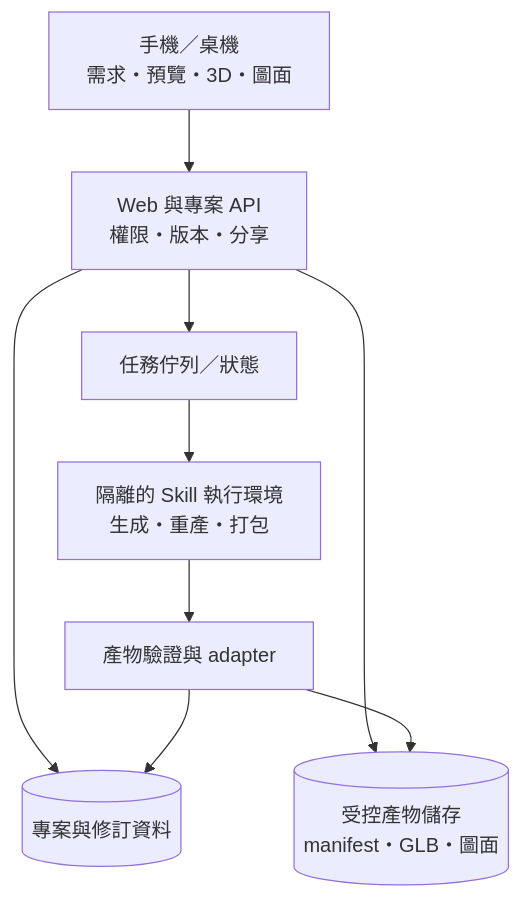
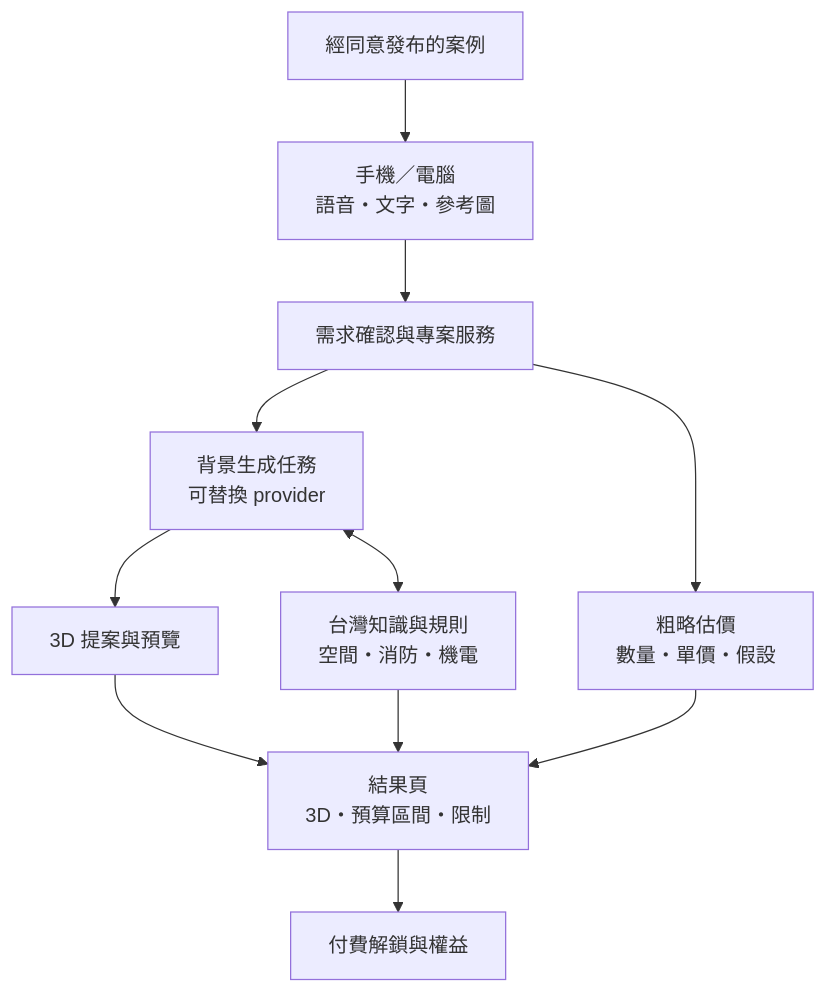
One commit to Cathay-AI/interior-design changed the diagram in docs/engineering/architecture.md. Above: the diagram before and after it, drawn with Mermaid. The commit also changed other lines of this file and 42 other files, not shown here.

````diff
--- a/docs/engineering/architecture.md
+++ b/docs/engineering/architecture.md
@@ -9,11 +5,13 @@
 ```mermaid
 flowchart TB
-    U[手機／桌機<br/>需求・預覽・3D・圖面] --> W[Web 與專案 API<br/>權限・版本・分享]
-    W --> D[(專案與修訂資料)]
-    W --> O[(受控產物儲存<br/>manifest・GLB・圖面)]
-    W --> Q[任務佇列／狀態]
-    Q --> S[隔離的 Skill 執行環境<br/>生成・重產・打包]
-    S --> V[產物驗證與 adapter]
-    V --> O
-    V --> D
+    A[手機／電腦<br/>語音・文字・參考圖] --> B[需求確認與專案服務]
+    B --> C[背景生成任務<br/>可替換 provider]
+    C --> D[3D 提案與預覽]
+    B --> E[粗略估價<br/>數量・單價・假設]
+    C <--> F[台灣知識與規則<br/>空間・消防・機電]
+    D --> G[結果頁<br/>3D・預算區間・限制]
+    E --> G
+    F --> G
+    G --> H[付費解鎖與權益]
+    I[經同意發布的案例] --> A
 ```
````
